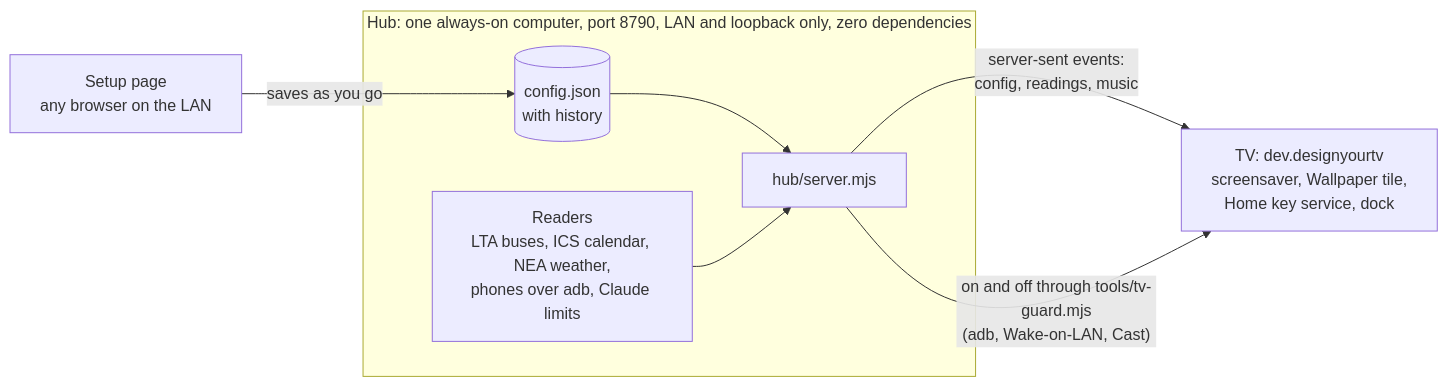
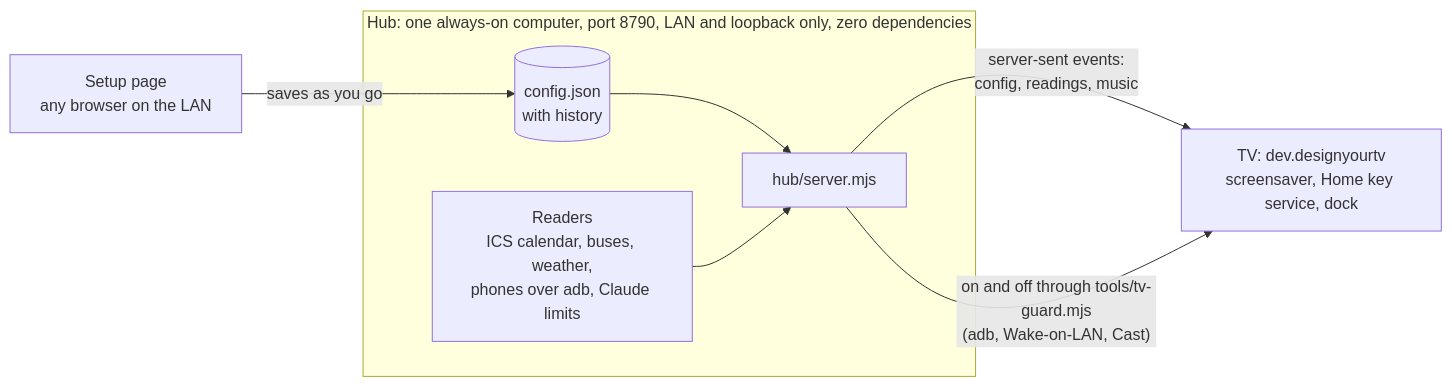
Before and after one commit to Sohwhat6420/designyourtv: the diagram in README.md, drawn with Mermaid. The commit also changed other lines of this file and 3 other files, not shown here.

````diff
--- a/README.md
+++ b/README.md
@@ -40,10 +174,10 @@
 ```mermaid
 flowchart LR
   setup["Setup page<br/>any browser on the LAN"] -- "saves as you go" --> cfg[("config.json<br/>with history")]
   subgraph hub["Hub: one always-on computer, port 8790, LAN and loopback only, zero dependencies"]
     cfg --> srv["hub/server.mjs"]
-    rd["Readers<br/>LTA buses, ICS calendar, NEA weather,<br/>phones over adb, Claude limits"] --> srv
+    rd["Readers<br/>ICS calendar, buses, weather,<br/>phones over adb, Claude limits"] --> srv
   end
-  srv -- "server-sent events:<br/>config, readings, music" --> tv["TV: dev.designyourtv<br/>screensaver, Wallpaper tile,<br/>Home key service, dock"]
+  srv -- "server-sent events:<br/>config, readings, music" --> tv["TV: dev.designyourtv<br/>screensaver, Home key service, dock"]
   srv -- "on and off through tools/tv-guard.mjs<br/>(adb, Wake-on-LAN, Cast)" --> tv
 ```
````
